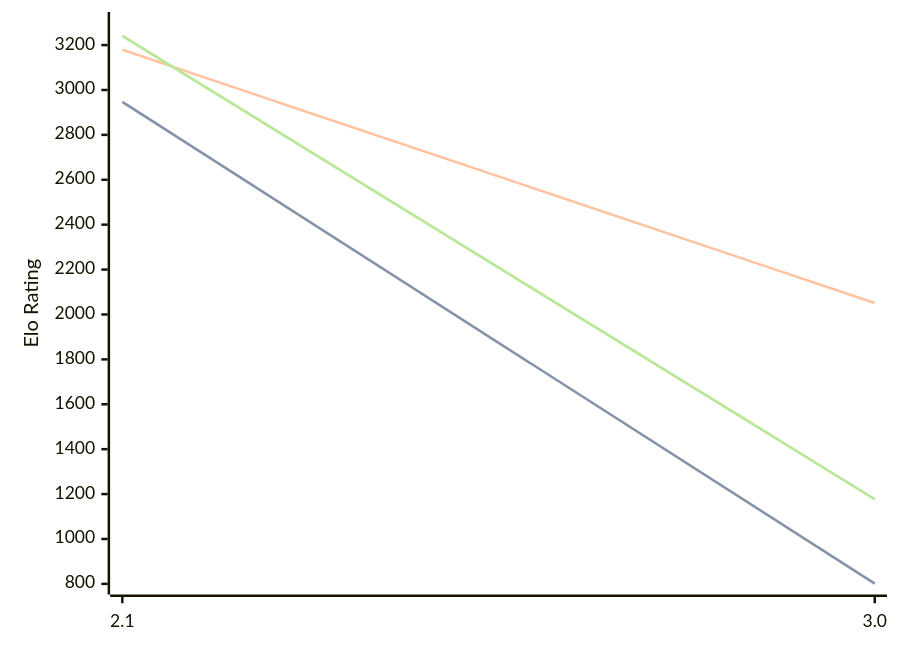
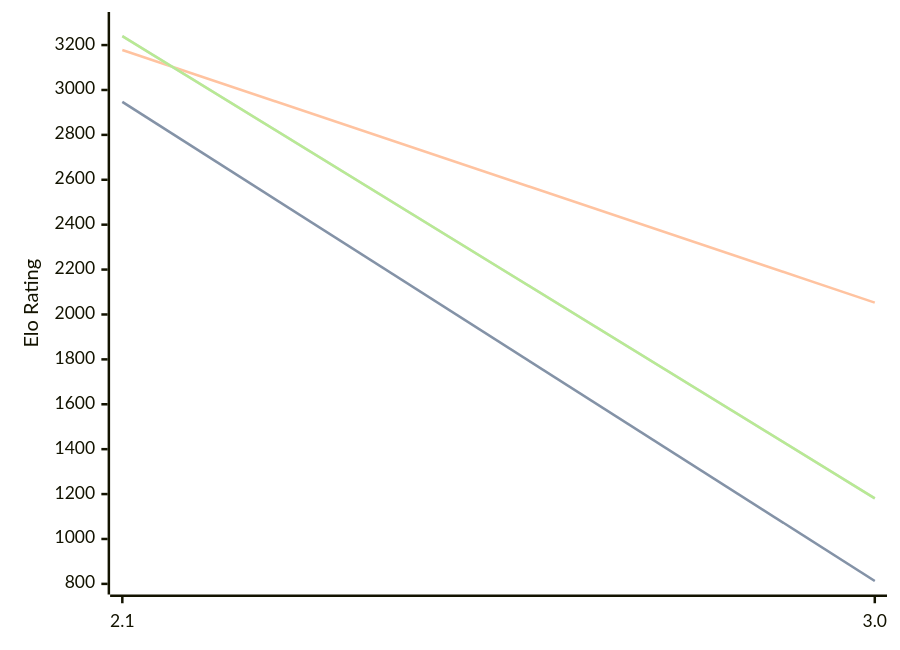
One commit to computer-chess-index/cci changed the diagram in engines/Quirky.md. Above: the diagram before and after it, drawn with Mermaid. The commit also changed other lines of this file, not shown here.

Commit message:
Update CCI Ratings (ELO VLTC) - 2026-08-04

````diff
--- a/engines/Quirky.md
+++ b/engines/Quirky.md
@@ -34,11 +34,11 @@
 ```mermaid
 %%{init: {"theme":"base","themeVariables":{"seriesColors:['#a3a3a3','#222221','#faa371']}}}%%
 xychart-beta
   x-axis ["2.1", "3.0"]
   y-axis "Elo Rating" 800 --> 3300
-  line "STC (8.0+0.08s)" [2947, 801]
-  line "STC (8.0+0.08s)" [2947, 801]
-  line "LTC (60.0+0.60s)" [3179, 2051]
-  line "VLTC (2m24s+1.12s)" [3241, 1177]
-  line "VLTC (2m24s+1.12s)" [3241, 1177]
+  line "STC (8.0+0.08s)" [2947, 813]
+  line "STC (8.0+0.08s)" [2947, 813]
+  line "LTC (60.0+0.60s)" [3178, 2053]
+  line "VLTC (2m24s+1.12s)" [3240, 1181]
+  line "VLTC (2m24s+1.12s)" [3240, 1181]
 ```
````
